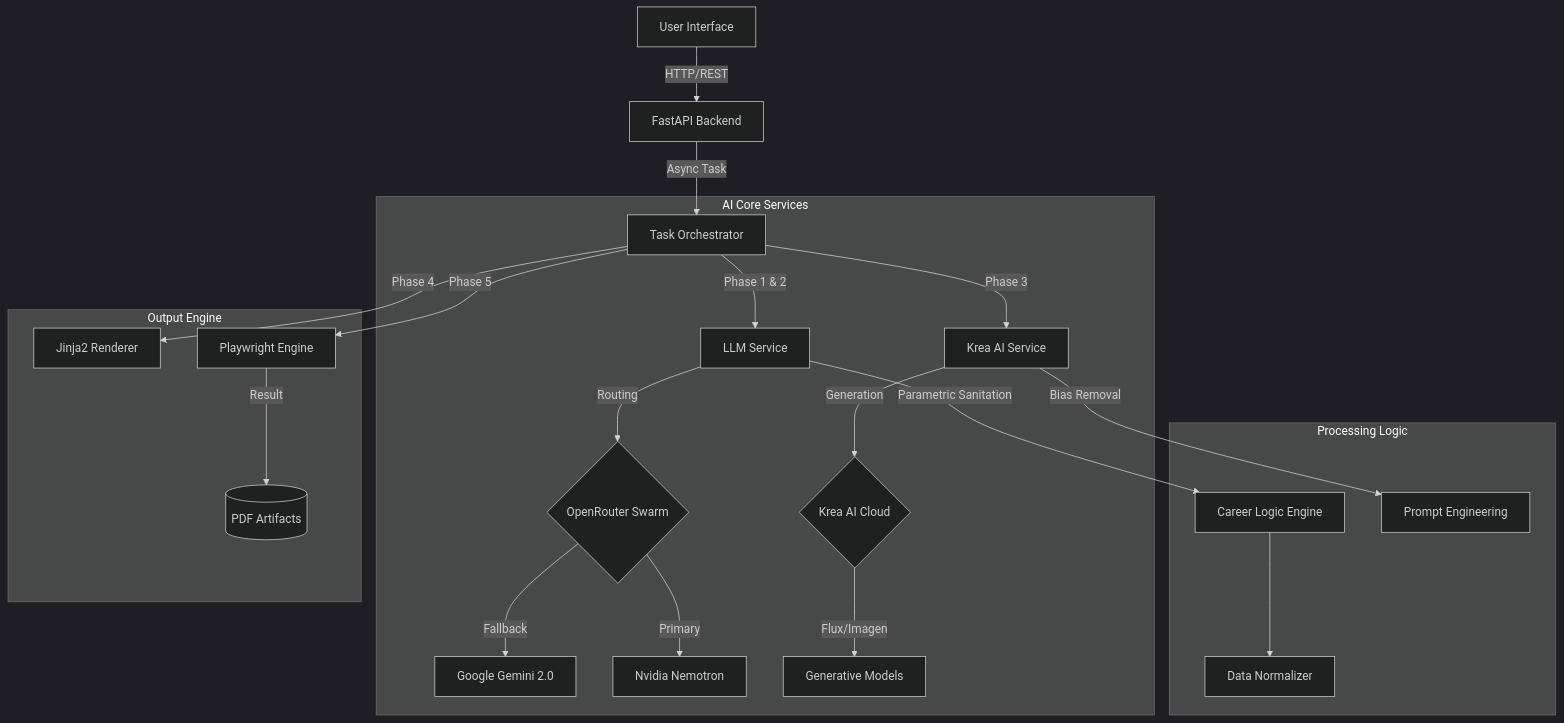
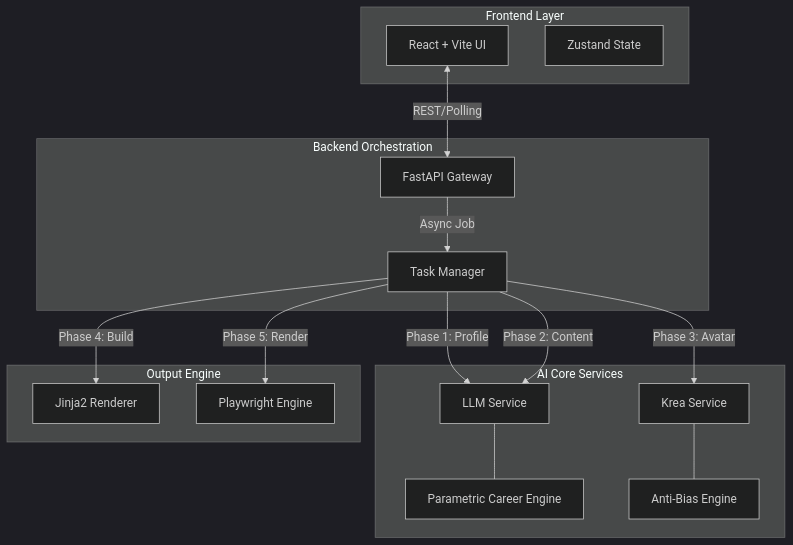
One commit to RaulJuliosIglesias/CV-GENERATOR-IMAGEN-TEXT changed the diagram in README.md. Above: the diagram before and after it, drawn with Mermaid (dark theme). The commit also changed other lines of this file, not shown here.

Commit message:
docs: Enhance README with updated badges, simplified license, detailed architecture diagram, tech stack, and project structure.

````diff
--- a/README.md
+++ b/README.md
@@ -45,29 +39,37 @@
 ```mermaid
 graph TD
-    User[User Interface] -->|HTTP/REST| API[FastAPI Backend]
-    API -->|Async Task| Manager[Task Orchestrator]
+    subgraph "Frontend Layer"
+        UI[React + Vite UI]
+        Store[Zustand State]
+    end
+
+    subgraph "Backend Orchestration"
+        API[FastAPI Gateway]
+        Manager[Task Manager]
+    end
     
     subgraph "AI Core Services"
-        Manager -->|Phase 1 & 2| LLM[LLM Service]
-        Manager -->|Phase 3| IMG[Krea AI Service]
+        LLM[LLM Service]
+        IMG[Krea Service]
         
-        LLM -->|Routing| OpenRouter{OpenRouter Swarm}
-        OpenRouter -->|Fallback| Gemini[Google Gemini 2.0]
-        OpenRouter -->|Primary| Nemotron[Nvidia Nemotron]
-        
-        IMG -->|Generation| Krea{Krea AI Cloud}
-        Krea -->|Flux/Imagen| Models[Generative Models]
-    end
-    
-    subgraph "Processing Logic"
-        LLM -- Parametric Sanitation --> Progression[Career Logic Engine]
-        IMG -- Bias Removal --> Prompts[Prompt Engineering]
-        Progression --> Normalizer[Data Normalizer]
+        Logic1[Parametric Career Engine]
+        Logic2[Anti-Bias Engine]
     end
 
     subgraph "Output Engine"
-        Manager -->|Phase 4| HTML[Jinja2 Renderer]
-        Manager -->|Phase 5| PDF[Playwright Engine]
-        PDF -->|Result| File[(PDF Artifacts)]
+        HTML[Jinja2 Renderer]
+        PDF[Playwright Engine]
     end
+
+    UI <-->|REST/Polling| API
+    API -->|Async Job| Manager
+    
+    Manager -->|Phase 1: Profile| LLM
+    Manager -->|Phase 2: Content| LLM
+    Manager -->|Phase 3: Avatar| IMG
+    Manager -->|Phase 4: Build| HTML
+    Manager -->|Phase 5: Render| PDF
+    
+    LLM --- Logic1
+    IMG --- Logic2
 ```
````
